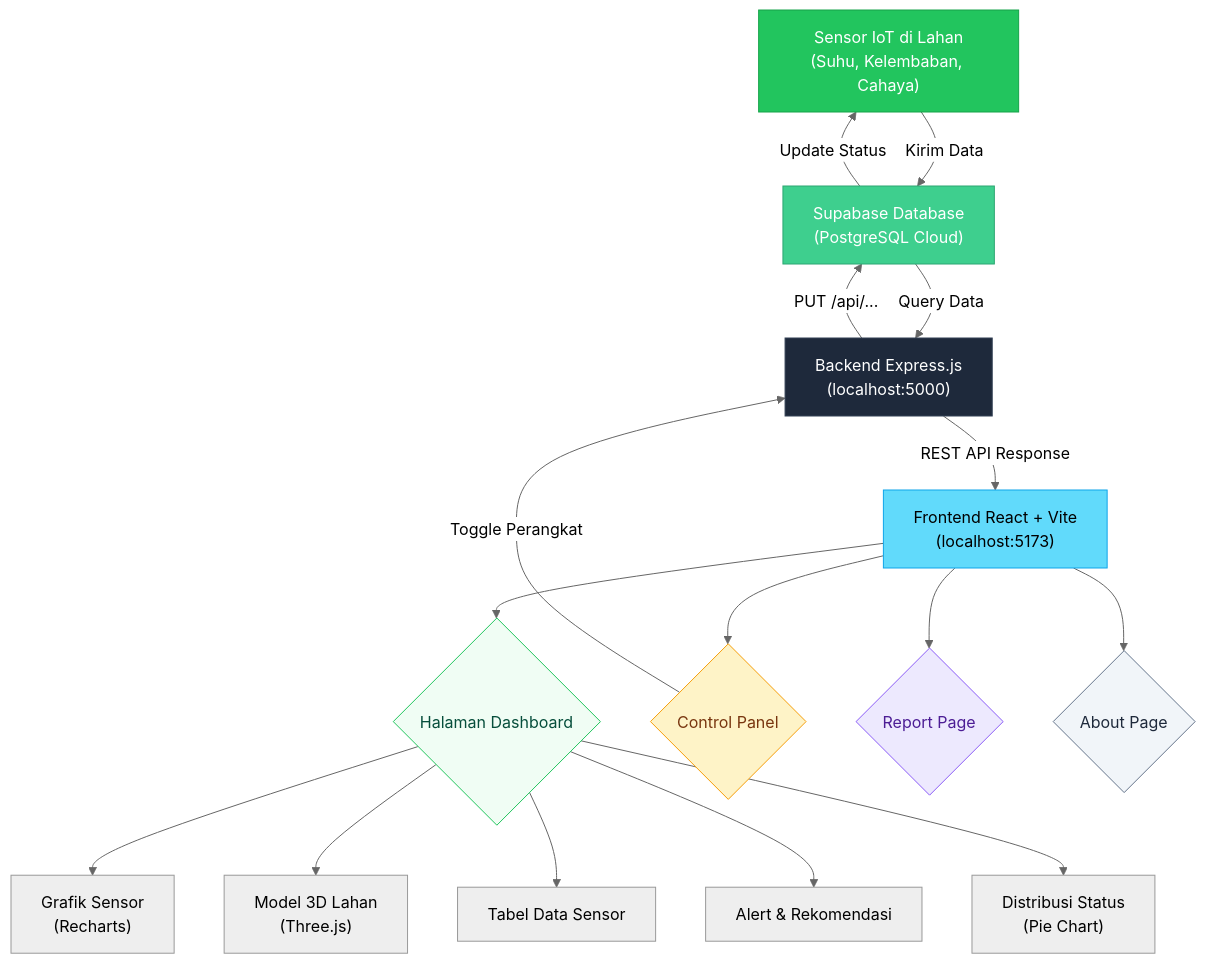
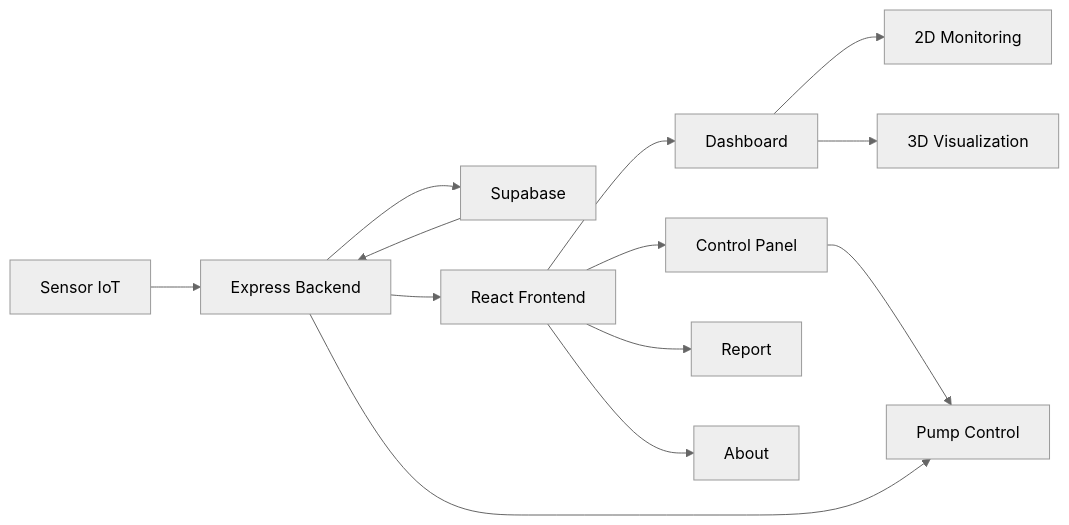
Before and after one commit to Naufalmiftakhul963/MonitoringSmartFarming: the diagram in README.md, drawn with Mermaid (neutral theme). The commit also changed other lines of this file and 15 other files, not shown here.

````diff
--- a/README.md
+++ b/README.md
@@ -64,32 +331,24 @@
 ```mermaid
-flowchart TD
-    A["Sensor IoT di Lahan<br/>(Suhu, Kelembaban, Cahaya)"] -->|Kirim Data| B["Supabase Database<br/>(PostgreSQL Cloud)"]
-    
-    B -->|Query Data| C["Backend Express.js<br/>(localhost:5000)"]
-    
-    C -->|REST API Response| D["Frontend React + Vite<br/>(localhost:5173)"]
-    
-    D --> E{"Halaman Dashboard"}
-    D --> F{"Control Panel"}
-    D --> G{"Report Page"}
-    D --> H{"About Page"}
-    
-    E --> E1["Grafik Sensor<br/>(Recharts)"]
-    E --> E2["Model 3D Lahan<br/>(Three.js)"]
-    E --> E3["Tabel Data Sensor"]
-    E --> E4["Alert & Rekomendasi"]
-    E --> E5["Distribusi Status<br/>(Pie Chart)"]
-    
-    F -->|Toggle Perangkat| C
-    C -->|PUT /api/...| B
-    B -->|Update Status| A
-    
-    style A fill:#22c55e,stroke:#16a34a,color:#fff
-    style B fill:#3ECF8E,stroke:#2da672,color:#fff
-    style C fill:#1e293b,stroke:#334155,color:#fff
-    style D fill:#61DAFB,stroke:#0ea5e9,color:#000
-    style E fill:#f0fdf4,stroke:#22c55e,color:#064e3b
-    style F fill:#fef3c7,stroke:#f59e0b,color:#78350f
-    style G fill:#ede9fe,stroke:#8b5cf6,color:#4c1d95
-    style H fill:#f1f5f9,stroke:#64748b,color:#1e293b
+flowchart LR
+
+    A["Sensor IoT"] --> B["Express Backend"]
+
+    B --> C["Supabase"]
+
+    C --> B
+
+    B --> D["React Frontend"]
+
+    D --> E["Dashboard"]
+    D --> F["Control Panel"]
+    D --> G["Report"]
+    D --> H["About"]
+
+    E --> I["2D Monitoring"]
+
+    E --> J["3D Visualization"]
+
+    F --> K["Pump Control"]
+
+    B --> K
 ```
````
